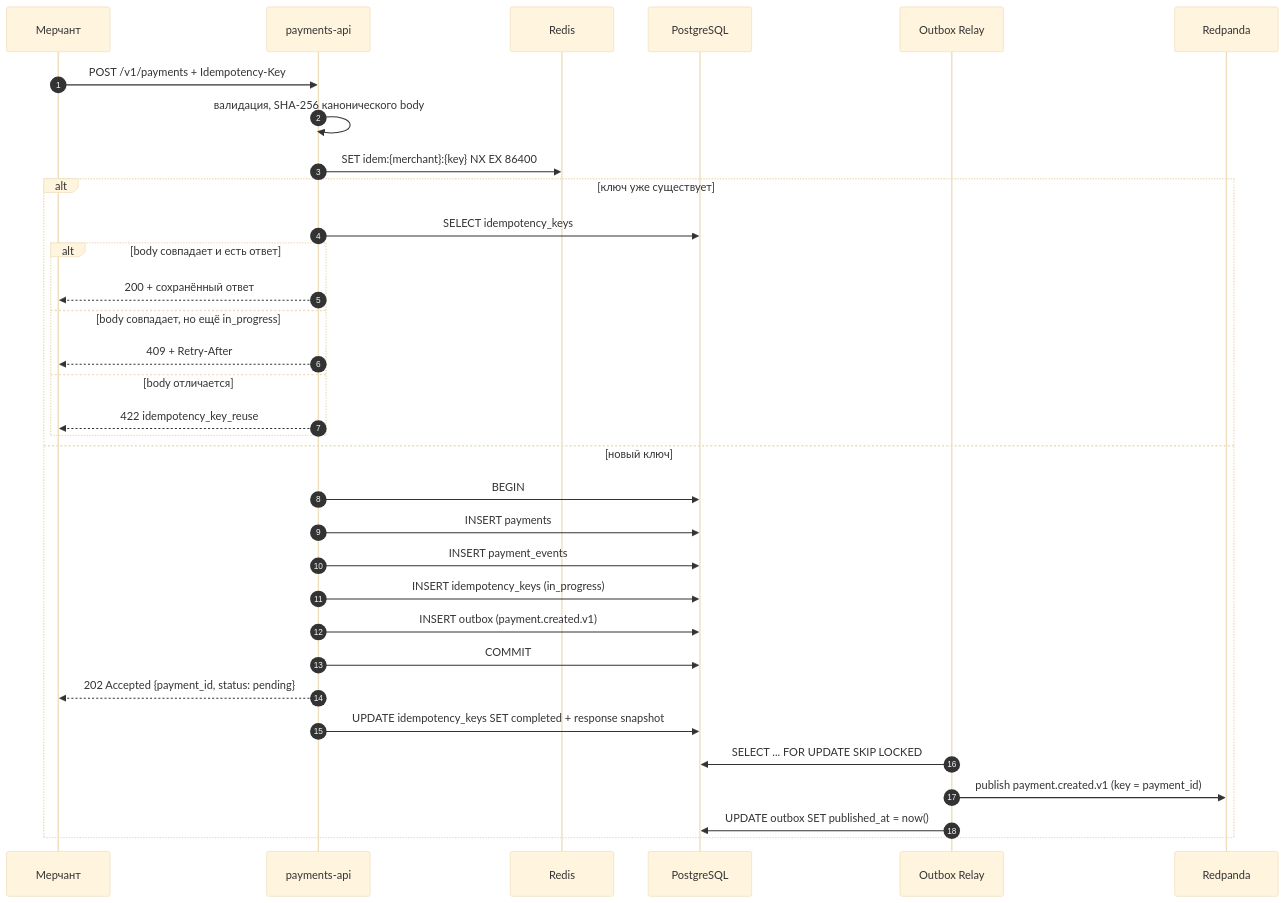
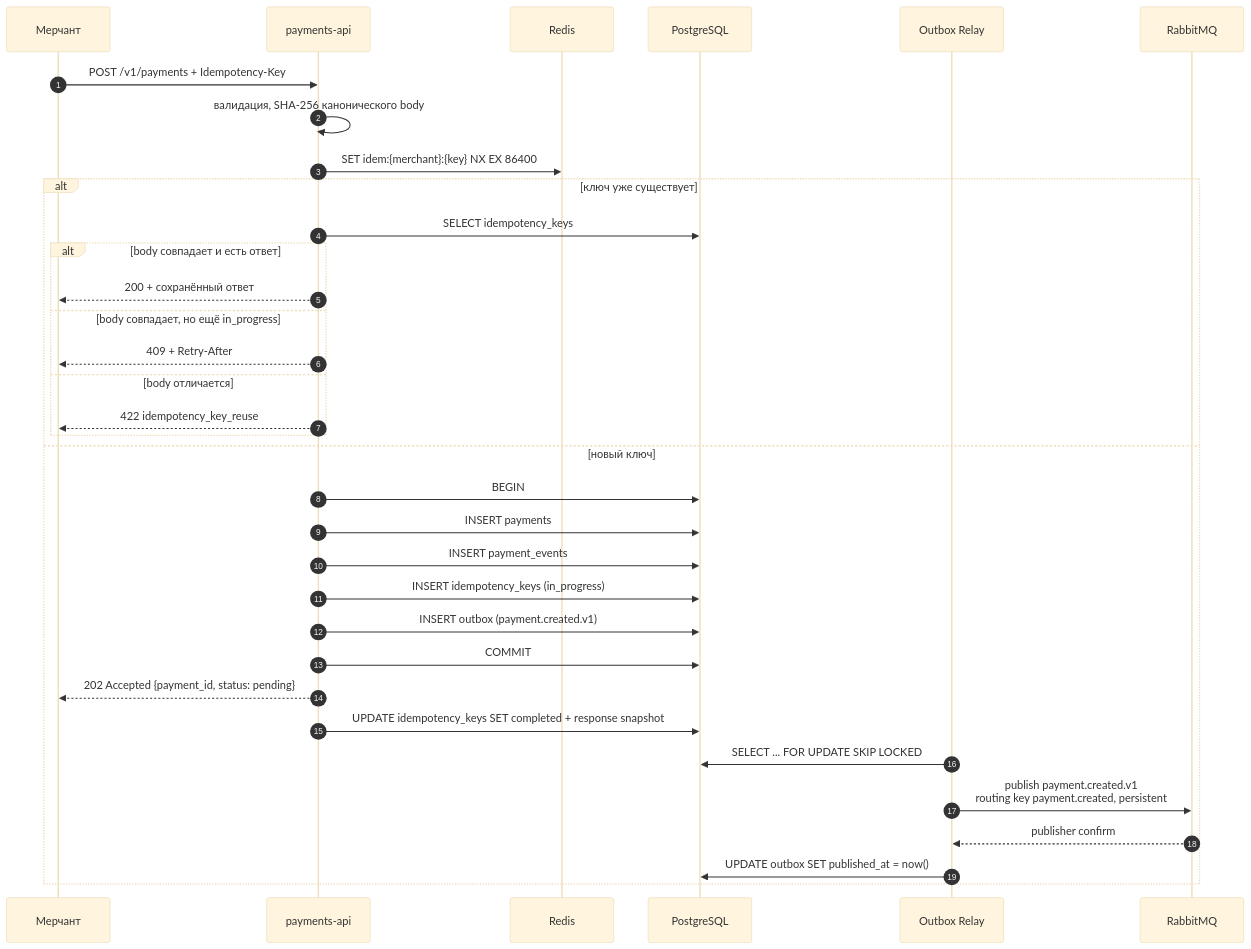
Before and after one commit to MCtop4ik/PaymentTransactions: the third of 9 diagrams in README.md, drawn with Mermaid (base theme). The commit also changed other lines of this file, not shown here.

````diff
--- a/README.md
+++ b/README.md
@@ -257,37 +255,38 @@
 ```mermaid
 sequenceDiagram
     autonumber
     participant C as Мерчант
     participant A as payments-api
     participant R as Redis
     participant P as PostgreSQL
     participant O as Outbox Relay
-    participant K as Redpanda
+    participant B as RabbitMQ
 
     C->>A: POST /v1/payments + Idempotency-Key
     A->>A: валидация, SHA-256 канонического body
     A->>R: SET idem:{merchant}:{key} NX EX 86400
 
     alt ключ уже существует
         A->>P: SELECT idempotency_keys
         alt body совпадает и есть ответ
             A-->>C: 200 + сохранённый ответ
         else body совпадает, но ещё in_progress
             A-->>C: 409 + Retry-After
         else body отличается
             A-->>C: 422 idempotency_key_reuse
         end
     else новый ключ
         A->>P: BEGIN
         A->>P: INSERT payments
         A->>P: INSERT payment_events
         A->>P: INSERT idempotency_keys (in_progress)
         A->>P: INSERT outbox (payment.created.v1)
         A->>P: COMMIT
         A-->>C: 202 Accepted {payment_id, status: pending}
         A->>P: UPDATE idempotency_keys SET completed + response snapshot
         O->>P: SELECT ... FOR UPDATE SKIP LOCKED
-        O->>K: publish payment.created.v1 (key = payment_id)
+        O->>B: publish payment.created.v1<br/>routing key payment.created, persistent
+        B-->>O: publisher confirm
         O->>P: UPDATE outbox SET published_at = now()
     end
 ```
````
